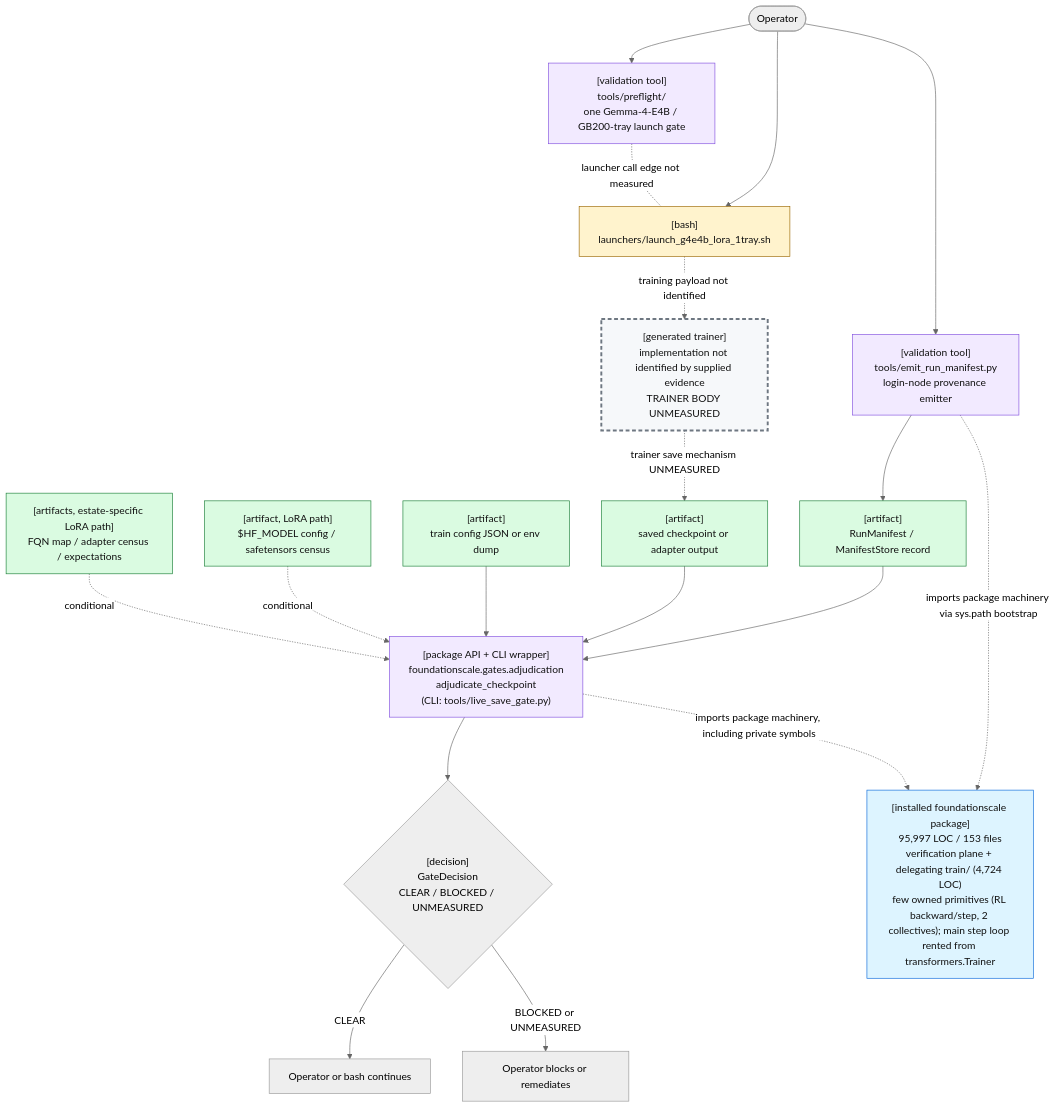
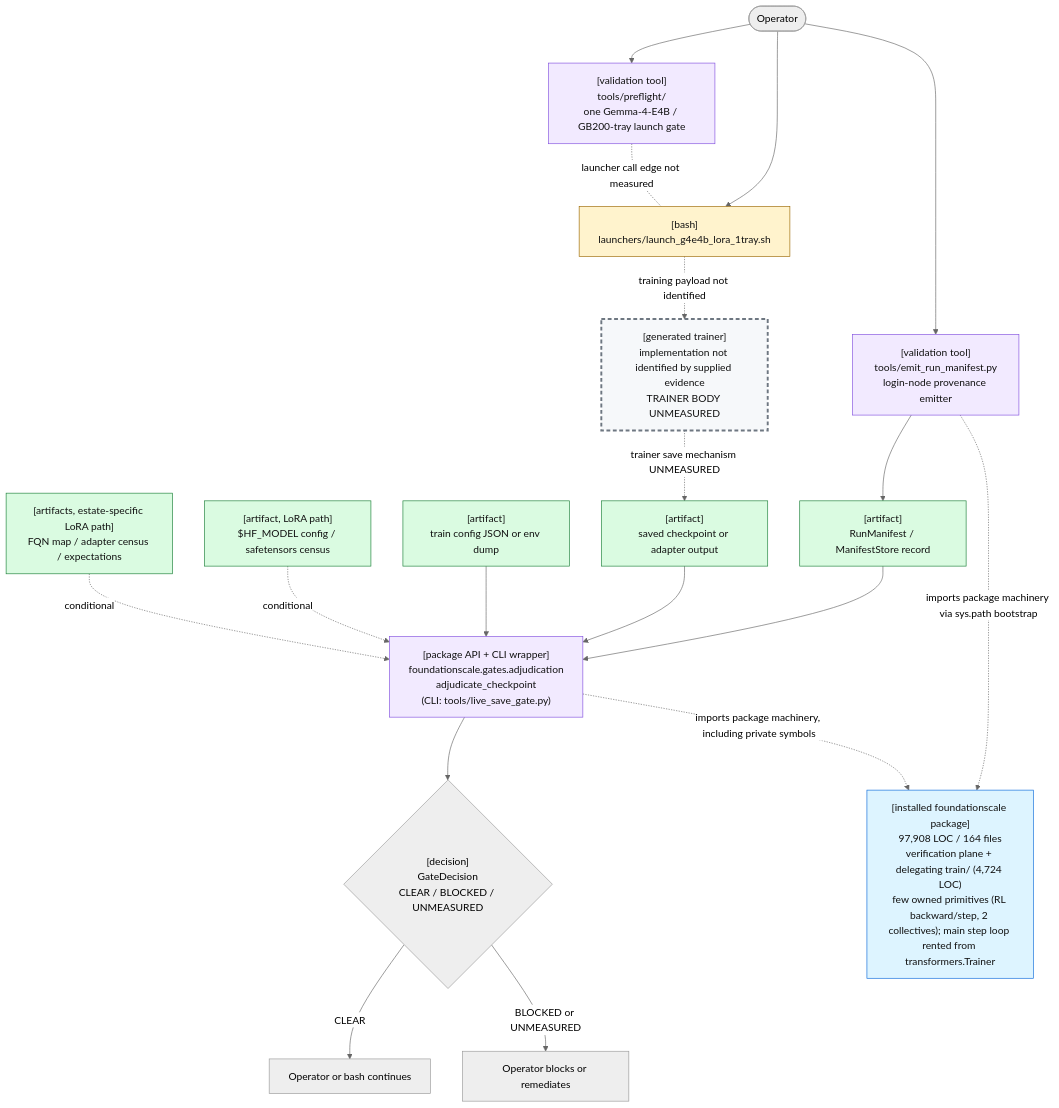
Before and after one commit to TranNhiem/FoundationScale: the first of 2 diagrams in docs/review/D2_current_architecture.md, drawn with Mermaid (neutral theme). The commit also changed other lines of this file and 10 other files, not shown here.

````diff
--- a/docs/review/D2_current_architecture.md
+++ b/docs/review/D2_current_architecture.md
@@ -25,59 +25,59 @@
 ```mermaid
 flowchart TB
   O(["Operator"])
 
   PF["[validation tool]<br/>tools/preflight/<br/>one Gemma-4-E4B / GB200-tray launch gate"]
   L["[bash]<br/>launchers/launch_g4e4b_lora_1tray.sh"]
 
   E["[validation tool]<br/>tools/emit_run_manifest.py<br/>login-node provenance emitter"]
   M["[artifact]<br/>RunManifest / ManifestStore record"]
 
   T["[generated trainer]<br/>implementation not identified by supplied evidence<br/>TRAINER BODY UNMEASURED"]
   C["[artifact]<br/>saved checkpoint or adapter output"]
 
   G["[package API + CLI wrapper]<br/>foundationscale.gates.adjudication<br/>adjudicate_checkpoint<br/>(CLI: tools/live_save_gate.py)"]
   CFG["[artifact]<br/>train config JSON or env dump"]
   BASE["[artifact, LoRA path]<br/>$HF_MODEL config / safetensors census"]
   CEN["[artifacts, estate-specific LoRA path]<br/>FQN map / adapter census / expectations"]
 
   D{"[decision]<br/>GateDecision<br/>CLEAR / BLOCKED / UNMEASURED"}
   OK["Operator or bash continues"]
   NO["Operator blocks or remediates"]
 
-  PKG["[installed foundationscale package]<br/>95,997 LOC / 153 files<br/>verification plane + delegating train/ (4,724 LOC)<br/>few owned primitives (RL backward/step, 2 collectives); main step loop rented from transformers.Trainer"]
+  PKG["[installed foundationscale package]<br/>97,908 LOC / 164 files<br/>verification plane + delegating train/ (4,724 LOC)<br/>few owned primitives (RL backward/step, 2 collectives); main step loop rented from transformers.Trainer"]
 
   O --> PF
   O --> L
   PF -. "launcher call edge not measured" .- L
 
   O --> E
   E --> M
 
   L -. "training payload not identified" .-> T
   T -. "trainer save mechanism UNMEASURED" .-> C
 
   M --> G
   C --> G
   CFG --> G
   BASE -. "conditional" .-> G
   CEN -. "conditional" .-> G
 
   E -. "imports package machinery via sys.path bootstrap" .-> PKG
   G -. "imports package machinery, including private symbols" .-> PKG
 
   G --> D
   D -->|"CLEAR"| OK
   D -->|"BLOCKED or UNMEASURED"| NO
 
   classDef bash fill:#fff3cd,stroke:#9a6700,color:#111;
   classDef tool fill:#f2eaff,stroke:#8250df,color:#111;
   classDef artifact fill:#dafbe1,stroke:#1a7f37,color:#111;
   classDef gap fill:#f6f8fa,stroke:#6e7781,stroke-width:3px,stroke-dasharray: 6 4,color:#111;
   classDef pkg fill:#ddf4ff,stroke:#0969da,color:#111;
 
   class L bash;
   class PF,E,G tool;
   class M,C,CFG,BASE,CEN artifact;
   class T gap;
   class PKG pkg;
 ```
````
